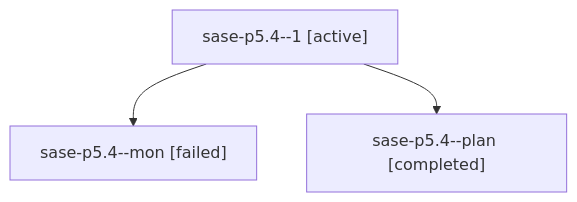
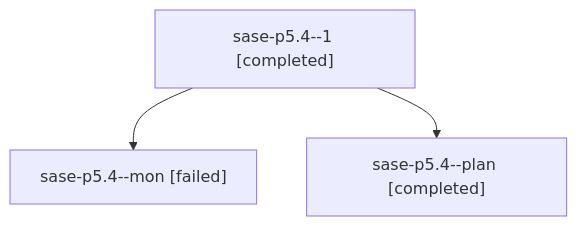
Before and after one commit to sase-org/sase--agents: the diagram in families/bbugyi200.athena.sase-p5.4.md, drawn with Mermaid. The commit also changed other lines of this file and 99 other files, not shown here.

````diff
--- a/families/bbugyi200.athena.sase-p5.4.md
+++ b/families/bbugyi200.athena.sase-p5.4.md
@@ -9,8 +9,8 @@
 ```mermaid
 flowchart TD
-  n0["sase-p5.4--1 [active]"]
+  n0["sase-p5.4--1 [completed]"]
   n1["sase-p5.4--mon [failed]"]
   n0 --> n1
   n2["sase-p5.4--plan [completed]"]
   n0 --> n2
 ```
````
